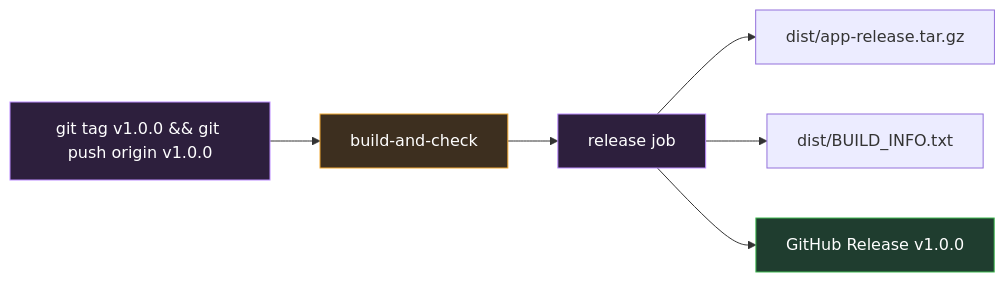
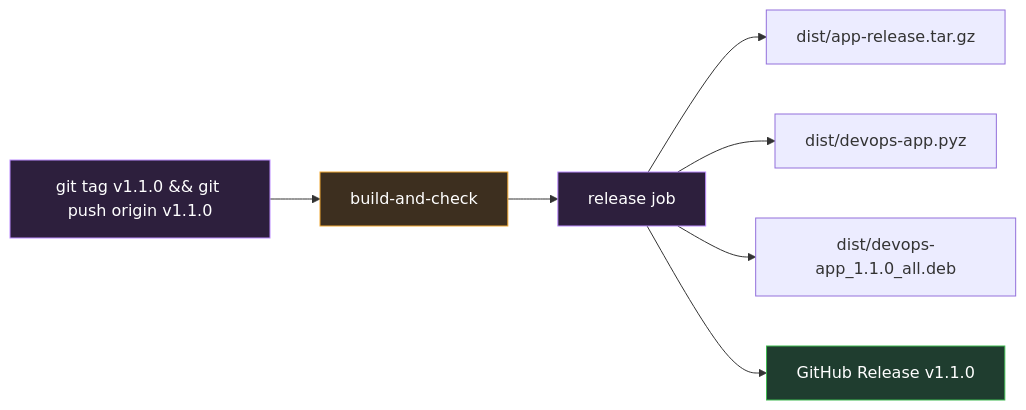
Before and after one commit to Pieaceton/first-devops-project: the third of 3 diagrams in README.md, drawn with Mermaid. The commit also changed other lines of this file and 5 other files, not shown here.

Commit message:
Build three release formats (tar.gz, zipapp, deb) and publish them in GitHub Releases

````diff
--- a/README.md
+++ b/README.md
@@ -362,12 +460,13 @@
 ```mermaid
 graph LR
-    T["git tag v1.0.0 && git push origin v1.0.0"] --> C["build-and-check"]
+    T["git tag v1.1.0 && git push origin v1.1.0"] --> C["build-and-check"]
     C --> R["release job"]
     R --> A["dist/app-release.tar.gz"]
-    R --> B["dist/BUILD_INFO.txt"]
-    R --> GH["GitHub Release v1.0.0"]
+    R --> P["dist/devops-app.pyz"]
+    R --> D["dist/devops-app_1.1.0_all.deb"]
+    R --> GH["GitHub Release v1.1.0"]
     style T fill:#2d1f3d,stroke:#bc8cff,color:#ffffff
     style C fill:#3d2f1f,stroke:#f0a732,color:#ffffff
     style R fill:#2d1f3d,stroke:#bc8cff,color:#ffffff
     style GH fill:#1f3d2f,stroke:#3fb950,color:#ffffff
 ```
````
